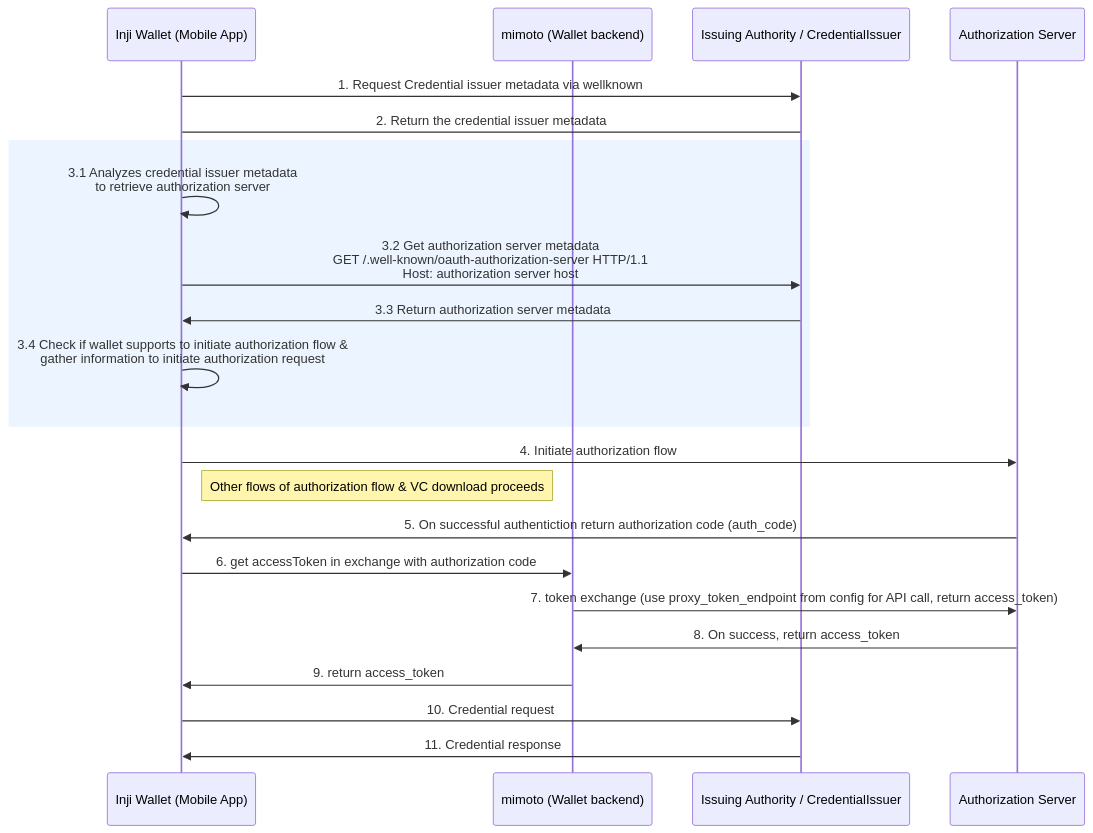
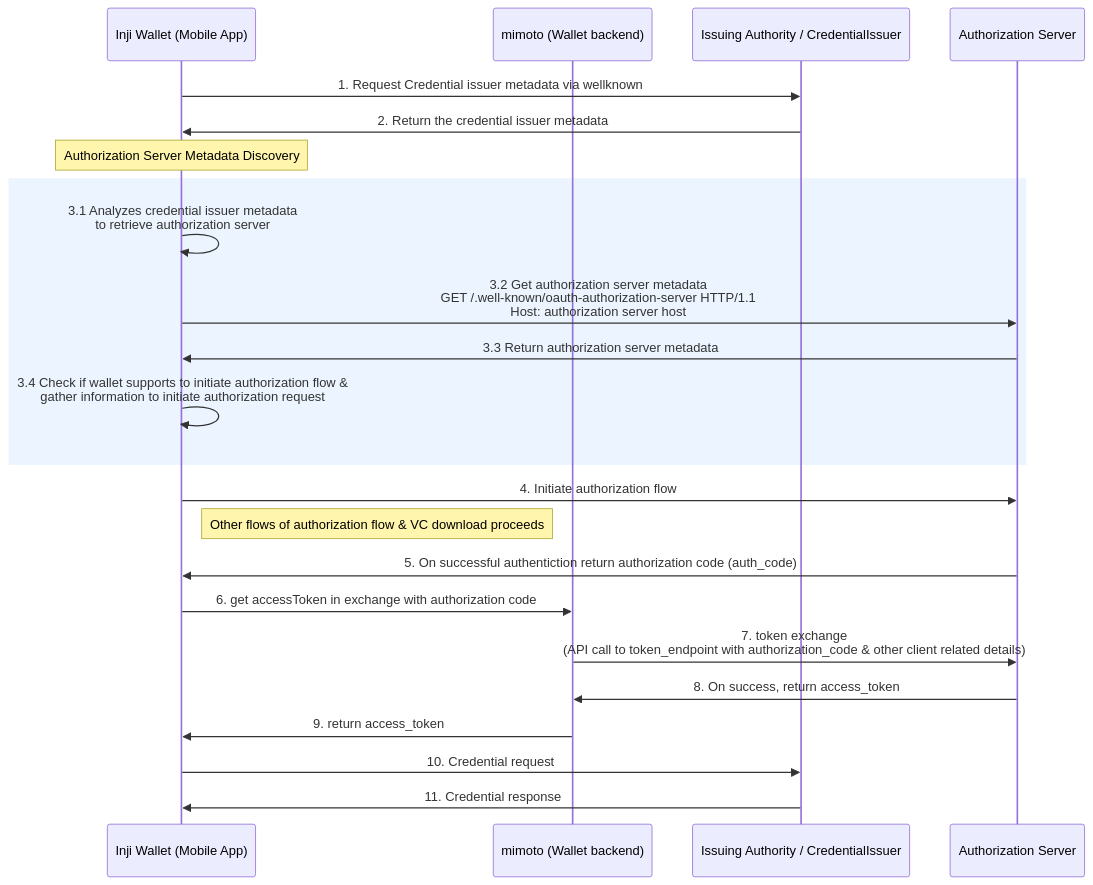
Before and after one commit to mosip/inji-wallet: the diagram in docs/authorization-server-wellknown-discovery.md, drawn with Mermaid.

Commit message:
[INJIMOB-2903] update authorization-server-wellknown-discovery diagram

````diff
--- a/docs/authorization-server-wellknown-discovery.md
+++ b/docs/authorization-server-wellknown-discovery.md
@@ -20,25 +20,26 @@
 ```mermaid
 sequenceDiagram
   participant Inji_Wallet as Inji Wallet (Mobile App)
   participant mimoto as mimoto (Wallet backend)
   participant Issuing_Authority as Issuing Authority / CredentialIssuer
   participant Authorization_Server as Authorization Server
   
   Inji_Wallet ->> Issuing_Authority: 1. Request Credential issuer metadata via wellknown
-  Issuing_Authority -> Inji_Wallet: 2. Return the credential issuer metadata
+  Issuing_Authority ->> Inji_Wallet: 2. Return the credential issuer metadata
+  Note over Inji_Wallet: Authorization Server Metadata Discovery
 rect rgba(191, 223, 255, 0.3)
     Inji_Wallet ->> Inji_Wallet: 3.1 Analyzes credential issuer metadata<br> to retrieve authorization server
-    Inji_Wallet ->> Issuing_Authority: 3.2 Get authorization server metadata<br>GET /.well-known/oauth-authorization-server HTTP/1.1<br>Host: authorization server host
-    Issuing_Authority ->> Inji_Wallet: 3.3 Return authorization server metadata
+    Inji_Wallet ->> Authorization_Server: 3.2 Get authorization server metadata<br>GET /.well-known/oauth-authorization-server HTTP/1.1<br>Host: authorization server host
+    Authorization_Server ->> Inji_Wallet: 3.3 Return authorization server metadata
     Inji_Wallet ->> Inji_Wallet: 3.4 Check if wallet supports to initiate authorization flow &<br>gather information to initiate authorization request
 end
   Inji_Wallet ->> Authorization_Server: 4. Initiate authorization flow
   Note right of Inji_Wallet: Other flows of authorization flow & VC download proceeds
   Authorization_Server ->> Inji_Wallet: 5. On successful authentiction return authorization code (auth_code)
   Inji_Wallet ->> mimoto: 6. get accessToken in exchange with authorization code
-  mimoto ->> Authorization_Server: 7. token exchange (use proxy_token_endpoint from config for API call, return access_token)
+  mimoto ->> Authorization_Server: 7. token exchange<br/>(API call to token_endpoint with authorization_code & other client related details)
   Authorization_Server ->> mimoto: 8. On success, return access_token
   mimoto ->> Inji_Wallet: 9. return access_token
   Inji_Wallet ->> Issuing_Authority: 10. Credential request
   Issuing_Authority ->> Inji_Wallet: 11. Credential response
 ```
````
